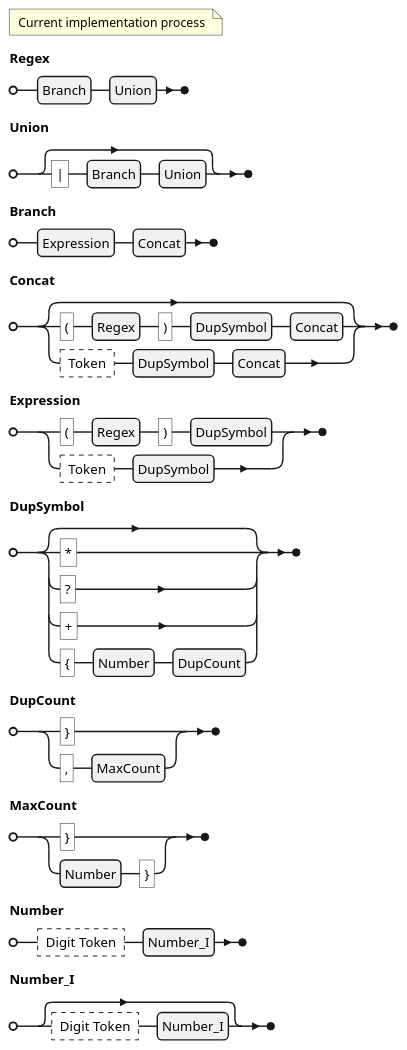
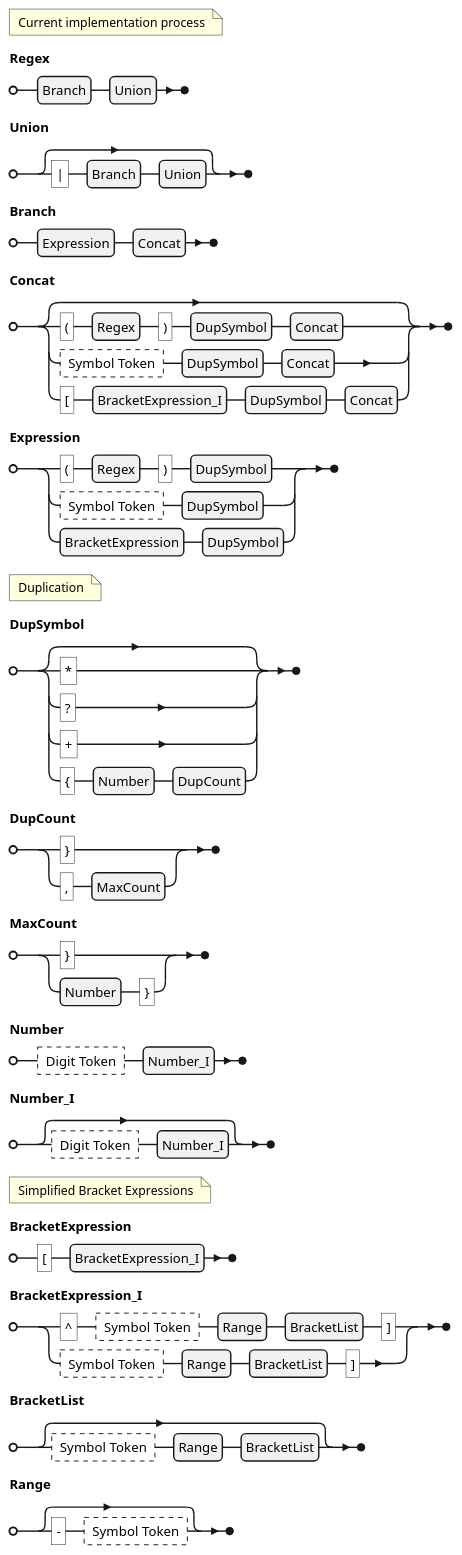
One commit to Toth-Balint1225/Regexer changed the diagram in Languages/language.plantuml. Above: the diagram before and after it, drawn with PlantUML. The commit also changed 6 other files, not shown here.

First line of the commit message:
Implemented bracket expressions.

```diff
--- a/Languages/language.plantuml
+++ b/Languages/language.plantuml
@@ -1,34 +1,47 @@
 @startebnf Mathematical RegExp Syntax
 
 (* Current implementation process *)
 
 Regex = Branch, Union;
 Union = ["|", Branch, Union];
 
 Branch = Expression, Concat;
 Concat = [ "(", Regex, ")", DupSymbol, Concat
-         | ? Token ?, DupSymbol, Concat
+         | ? Symbol Token ?, DupSymbol, Concat
+         | "[", BracketExpression_I, DupSymbol, Concat
          ];
 
 Expression = "(", Regex, ")", DupSymbol
-           | ? Token ?, DupSymbol
+           | ? Symbol Token ?, DupSymbol
+           | BracketExpression, DupSymbol
            ;
 
+(* Duplication *)
 DupSymbol = [ "*"
             | "?"
             | "+"
             | "{", Number, DupCount
             ];
 
 DupCount = "}"
          | ",", MaxCount
          ;
 
 MaxCount = "}"
          | Number, "}"
          ;
 
 Number = ? Digit Token ?, Number_I;
 Number_I = [? Digit Token ?, Number_I];
 
+(* Simplified Bracket Expressions *)
+BracketExpression = "[",  BracketExpression_I;
+BracketExpression_I = "^", ? Symbol Token ?, Range, BracketList, "]"
+                    | ? Symbol Token ?, Range, BracketList, "]" 
+                    ;
+
+BracketList = [ ? Symbol Token ?, Range, BracketList];
+
+Range = ["-", ? Symbol Token ?];
+
 @endebnf
```
